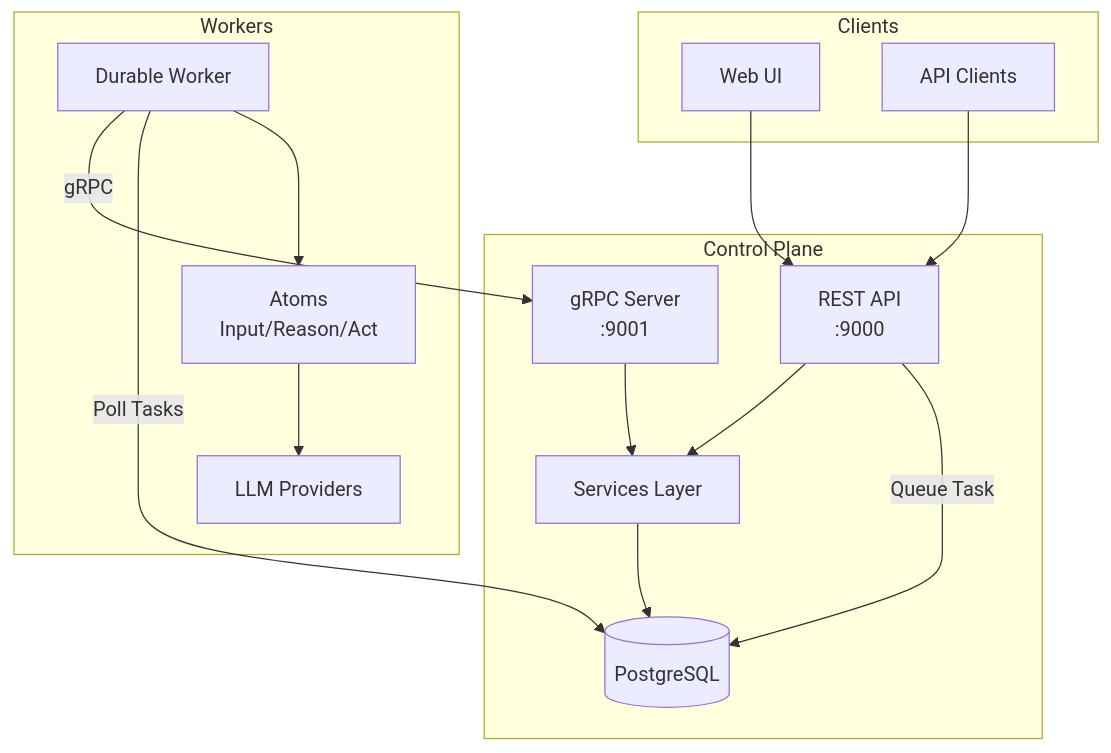
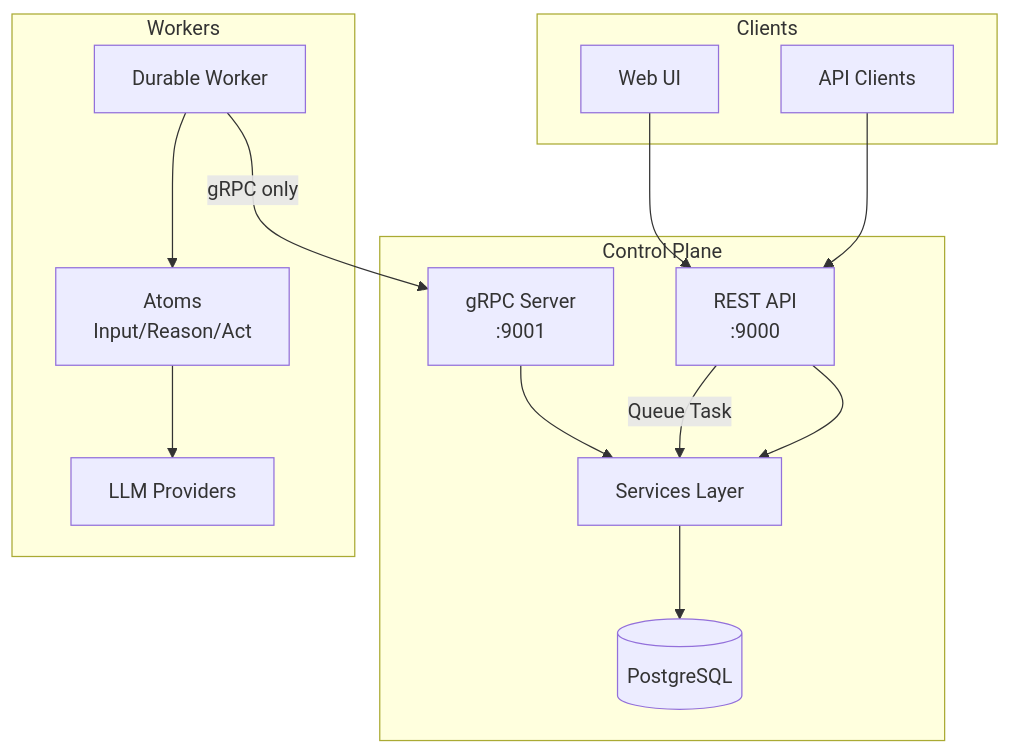
The first of 3 diagrams in specs/architecture.md (everruns/everruns), drawn with Mermaid before and after one commit. The commit also changed other lines of this file, not shown here.

First line of the commit message:
docs(specs): fix architecture spec to reflect gRPC-only worker communication (#175)

````diff
--- a/specs/architecture.md
+++ b/specs/architecture.md
@@ -9,32 +9,31 @@
 ```mermaid
 graph TB
     subgraph Clients
         UI[Web UI]
         API_Client[API Clients]
     end
 
     subgraph Control Plane
         REST[REST API<br/>:9000]
         GRPC[gRPC Server<br/>:9001]
         Services[Services Layer]
         Storage[(PostgreSQL)]
     end
 
     subgraph Workers
         Worker[Durable Worker]
         Atoms[Atoms<br/>Input/Reason/Act]
         LLM[LLM Providers]
     end
 
     UI --> REST
     API_Client --> REST
     REST --> Services
     Services --> Storage
     GRPC --> Services
 
-    Worker -->|gRPC| GRPC
-    Worker -->|Poll Tasks| Storage
-    REST -->|Queue Task| Storage
+    Worker -->|gRPC only| GRPC
+    REST -->|Queue Task| Services
     Worker --> Atoms
     Atoms --> LLM
 ```
````
